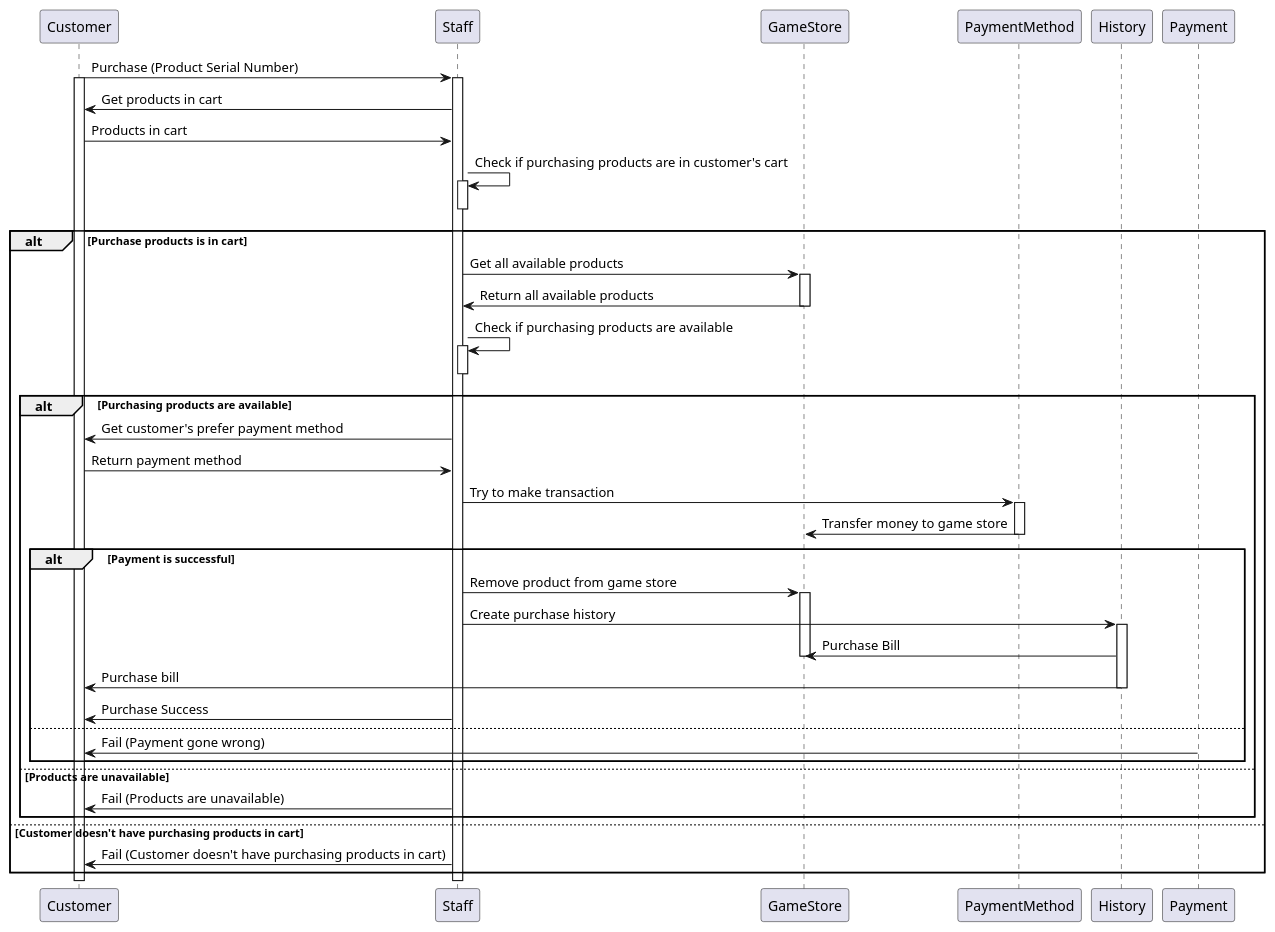
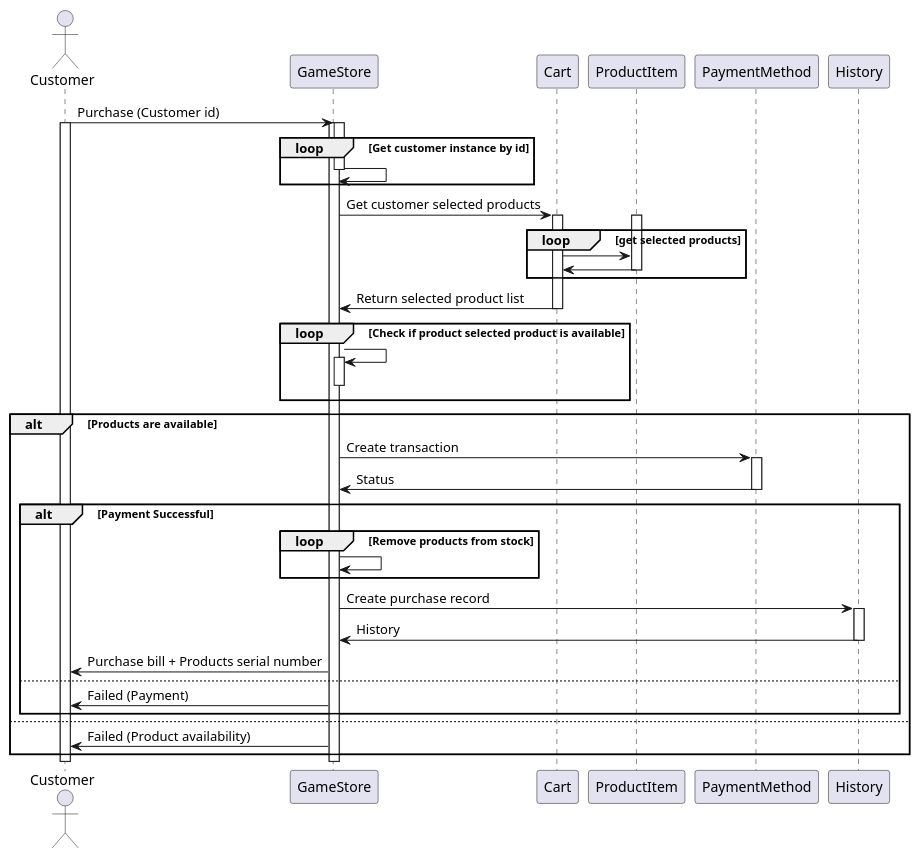
The diagram in SequenceDiagram/sequence_diagram_purchase.puml (WaroonRagwongsiri/OOP_Project), drawn with PlantUML before and after one commit. The commit also changed 2 other files, not shown here.

Commit message:
purchase stuff

```diff
--- a/SequenceDiagram/sequence_diagram_purchase.puml
+++ b/SequenceDiagram/sequence_diagram_purchase.puml
@@ -1,56 +1,61 @@
 @startuml E
 
-Customer -> Staff : Purchase (Product Serial Number)
+actor Customer
+
+Customer -> GameStore : Purchase (Customer id)
 activate Customer
-activate Staff
+activate GameStore
 
-Staff -> Customer : Get products in cart
-Customer -> Staff : Products in cart
-
-Staff -> Staff : Check if purchasing products are in customer's cart
-activate Staff
-deactivate Staff
-
-alt Purchase products is in cart
-    Staff -> GameStore : Get all available products
+loop Get customer instance by id
     activate GameStore
-    GameStore -> Staff : Return all available products
+    GameStore -> GameStore
     deactivate GameStore
-
-    Staff -> Staff : Check if purchasing products are available
-    activate Staff
-    deactivate Staff
-
-    alt Purchasing products are available
-        Staff -> Customer : Get customer's prefer payment method
-        Customer -> Staff : Return payment method
-
-        Staff -> PaymentMethod : Try to make transaction
-        activate PaymentMethod
-        PaymentMethod -> GameStore : Transfer money to game store
-        deactivate PaymentMethod
-
-        alt Payment is successful
-            Staff -> GameStore : Remove product from game store
-            activate GameStore
-
-            Staff -> History : Create purchase history
-            activate History
-            History -> GameStore : Purchase Bill
-            deactivate GameStore
-            History -> Customer : Purchase bill
-            deactivate History
-
-            Staff -> Customer : Purchase Success
-        else
-            Payment -> Customer : Fail (Payment gone wrong)
-        end
-    else Products are unavailable
-        Staff -> Customer : Fail (Products are unavailable)
-    end
-
-else Customer doesn't have purchasing products in cart
-    Staff -> Customer: Fail (Customer doesn't have purchasing products in cart)
 end
 
+GameStore -> Cart : Get customer selected products
+activate Cart
+loop get selected products 
+    activate ProductItem
+    Cart -> ProductItem
+    ProductItem -> Cart
+    deactivate ProductItem
+end
+Cart -> GameStore : Return selected product list
+deactivate Cart
+
+loop Check if product selected product is available
+    GameStore -> GameStore
+    activate GameStore
+    deactivate GameStore
+end
+
+alt Products are available
+    GameStore -> PaymentMethod : Create transaction
+    activate PaymentMethod 
+    PaymentMethod -> GameStore : Status
+    deactivate PaymentMethod
+    
+    alt Payment Successful
+        loop Remove products from stock
+            GameStore -> GameStore
+        end
+
+        GameStore -> History : Create purchase record
+        activate History
+        History -> GameStore : History
+        deactivate History
+
+        GameStore -> Customer : Purchase bill + Products serial number
+    else
+        GameStore -> Customer : Failed (Payment)
+    end
+else
+    GameStore -> Customer : Failed (Product availability)
+end
+
+
+
+deactivate GameStore
+deactivate Customer
+
 @enduml
```
